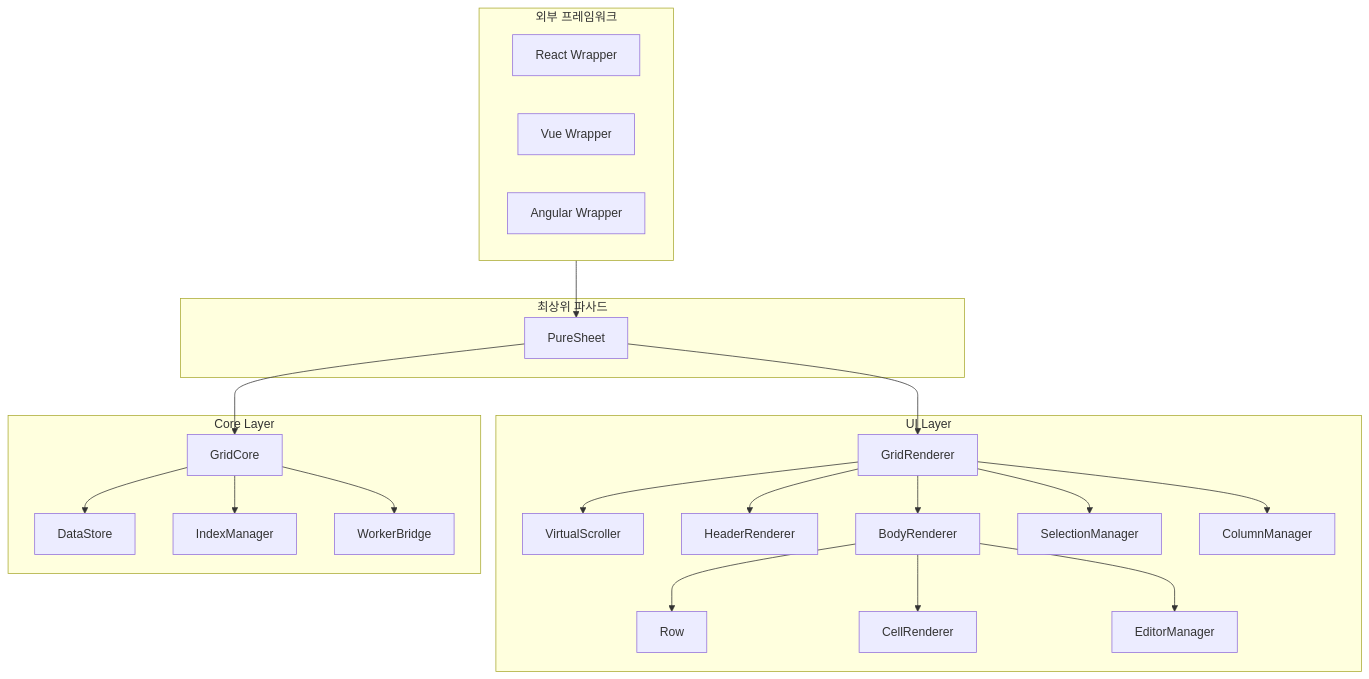
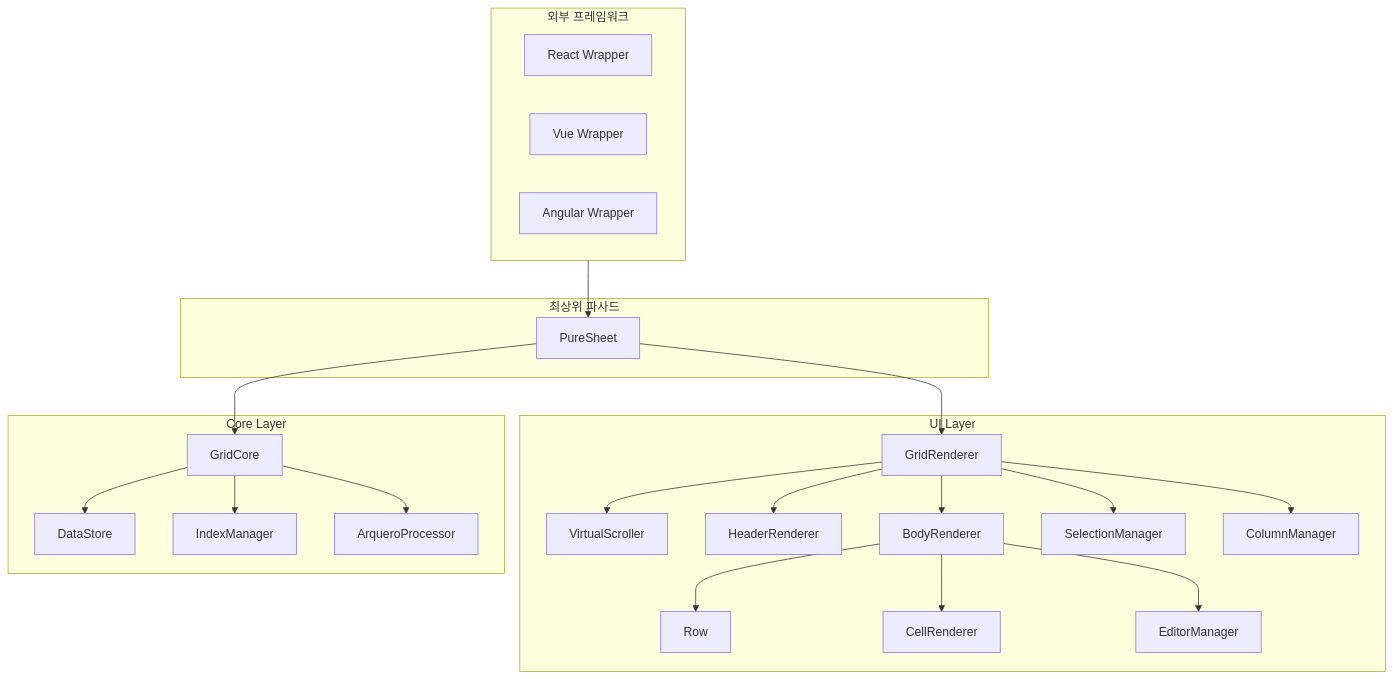
Before and after one commit to jook1356/grid: the first of 2 diagrams in docs/base/ARCHITECTURE-UI.md, drawn with Mermaid. The commit also changed other lines of this file and 4 other files, not shown here.

````diff
--- a/docs/base/ARCHITECTURE-UI.md
+++ b/docs/base/ARCHITECTURE-UI.md
@@ -5,46 +5,46 @@
 ```mermaid
 flowchart TB
     subgraph External [외부 프레임워크]
         React[React Wrapper]
         Vue[Vue Wrapper]
         Angular[Angular Wrapper]
     end
     
     subgraph MainFacade [최상위 파사드]
         PS[PureSheet]
     end
     
     subgraph UILayer [UI Layer]
         GR[GridRenderer]
         VR[VirtualScroller]
         HR[HeaderRenderer]
         BR[BodyRenderer]
         ROW[Row]
         CR[CellRenderer]
         ER[EditorManager]
         SM[SelectionManager]
         CM[ColumnManager]
     end
     
     subgraph CoreLayer [Core Layer]
         GC[GridCore]
         DS[DataStore]
         IM[IndexManager]
-        WB[WorkerBridge]
+        AP[ArqueroProcessor]
     end
     
     External --> PS
     PS --> GR
     PS --> GC
     GR --> VR
     GR --> HR
     GR --> BR
     BR --> ROW
     BR --> CR
     BR --> ER
     GR --> SM
     GR --> CM
     GC --> DS
     GC --> IM
-    GC --> WB
+    GC --> AP
 ```
````
